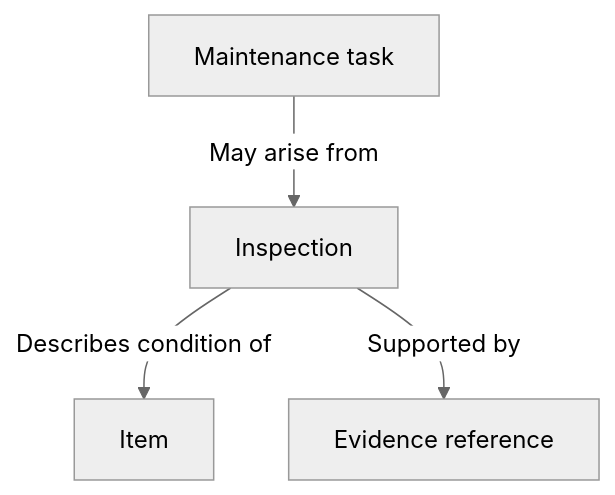
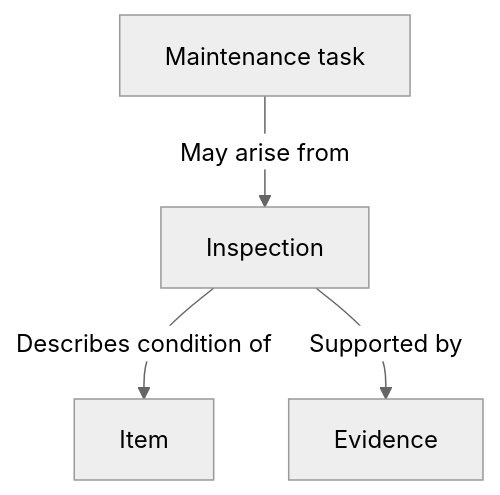
The second of 2 diagrams in skills/project-docs/references/worked-example.md (jonasferagen/agent-skills), drawn with Mermaid (neutral theme) before and after one commit. The commit also changed other lines of this file and 2 other files, not shown here.

````diff
--- a/skills/project-docs/references/worked-example.md
+++ b/skills/project-docs/references/worked-example.md
@@ -34,6 +34,6 @@
 ```mermaid
 flowchart TB
   Inspection["Inspection"] -->|Describes condition of| Item["Item"]
-  Inspection -->|Supported by| Evidence["Evidence reference"]
+  Inspection -->|Supported by| Evidence["Evidence"]
   Task["Maintenance task"] -->|May arise from| Inspection
 ```
````
